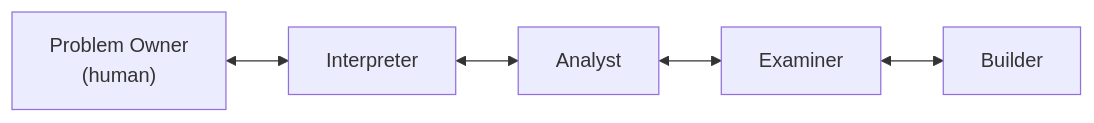
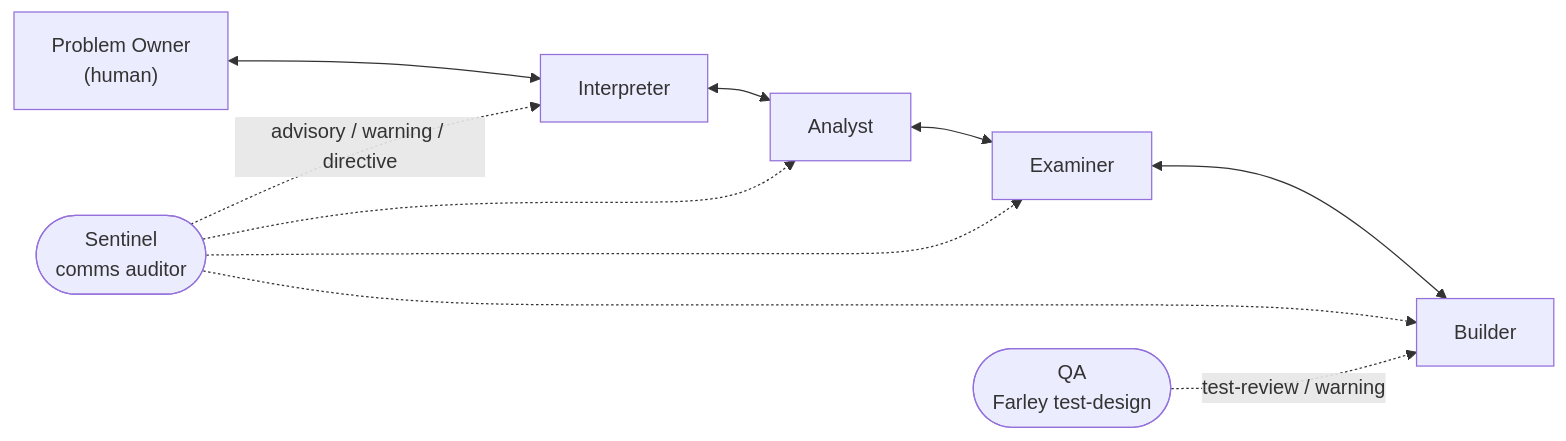
One commit to andrealaforgia/relay-agentic-model changed the first of 2 diagrams in README.md. Above: the diagram before and after it, drawn with Mermaid. The commit also changed other lines of this file, not shown here.

````diff
--- a/README.md
+++ b/README.md
@@ -11,4 +13,9 @@
 ```mermaid
 flowchart LR
     O["Problem Owner<br/>(human)"] <--> I[Interpreter] <--> A[Analyst] <--> E[Examiner] <--> B[Builder]
+    S(["Sentinel<br/>comms auditor"]) -. "advisory / warning / directive" .-> I
+    S -.-> A
+    S -.-> E
+    S -.-> B
+    Q(["QA<br/>Farley test-design"]) -. "test-review / warning" .-> B
 ```
````
